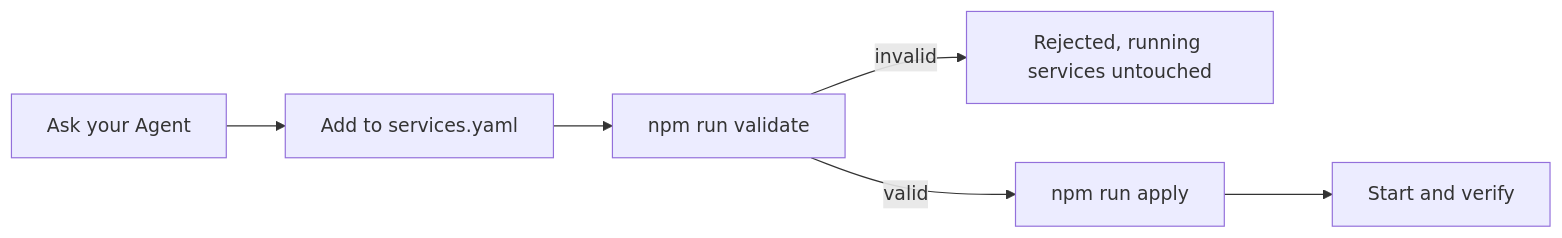
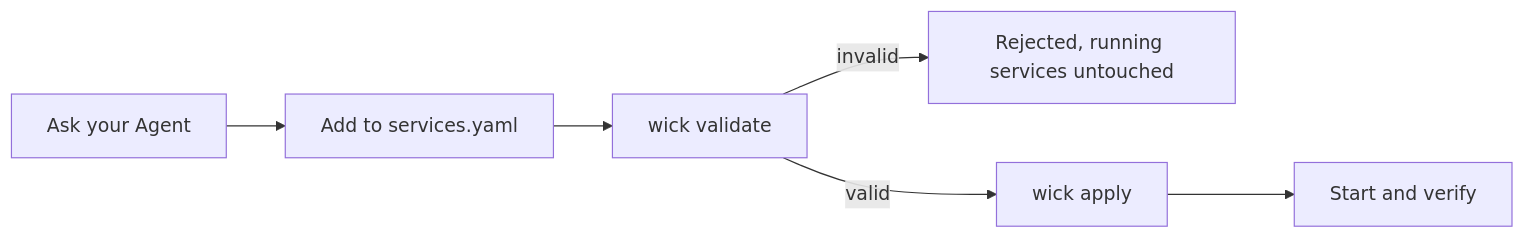
Before and after one commit to RunMintOn/Wick: the diagram in README.md, drawn with Mermaid. The commit also changed other lines of this file and 13 other files, not shown here.

````diff
--- a/README.md
+++ b/README.md
@@ -130,8 +118,8 @@
 ```mermaid
 flowchart LR
     A[Ask your Agent] --> B[Add to services.yaml]
-    B --> C[npm run validate]
+    B --> C[wick validate]
     C -->|invalid| D[Rejected, running services untouched]
-    C -->|valid| E[npm run apply]
+    C -->|valid| E[wick apply]
     E --> F[Start and verify]
 ```
````
